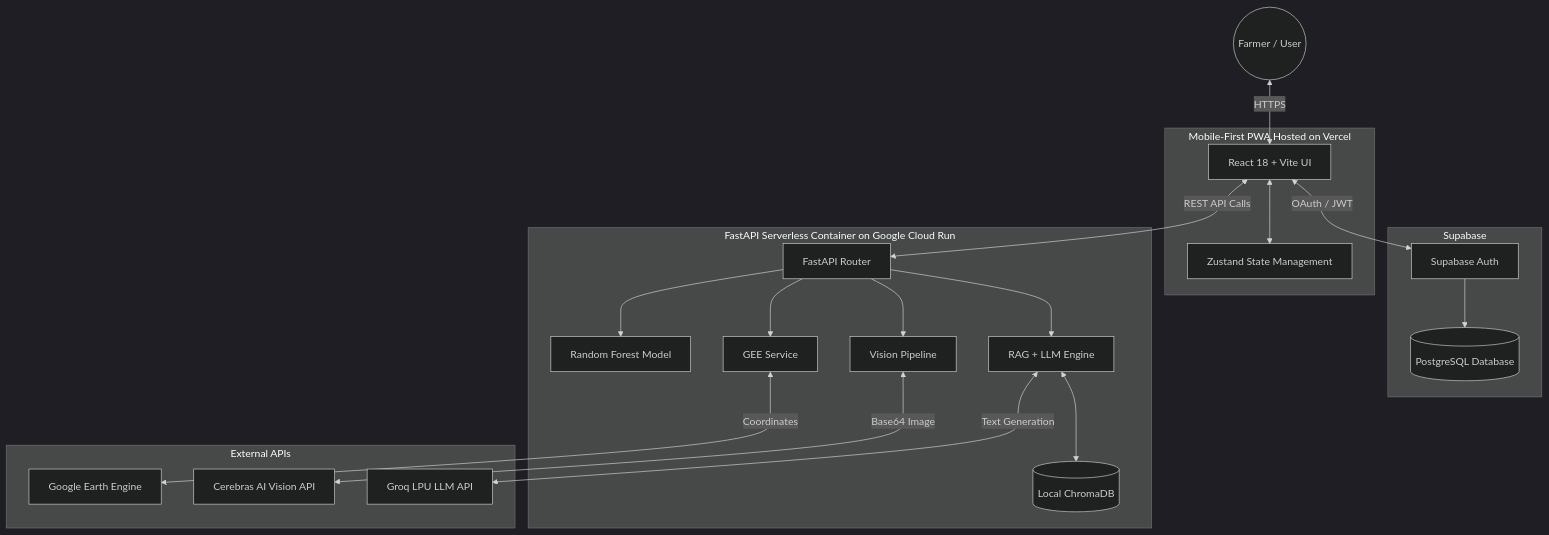
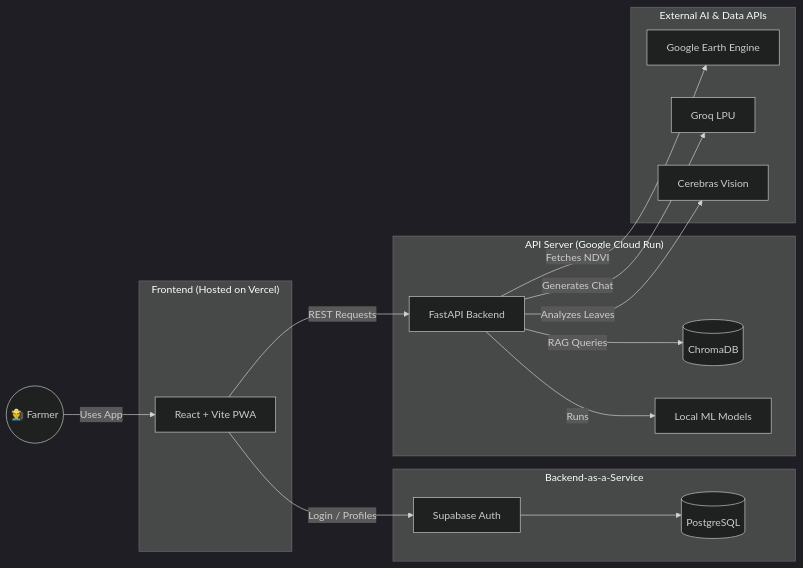
One commit to kollisaisiddu21-dev/AgriSage changed the diagram in README.md. Above: the diagram before and after it, drawn with Mermaid (dark theme).

Commit message:
Simplify architecture diagram for readability

````diff
--- a/README.md
+++ b/README.md
@@ -32,53 +32,43 @@
 ```mermaid
-graph TD
-    %% Users
-    User((Farmer / User))
-    
-    %% Frontend
-    subgraph Frontend [Mobile-First PWA Hosted on Vercel]
-        React[React 18 + Vite UI]
-        State[Zustand State Management]
-        React <--> State
-    end
-    
-    %% Authentication & Database
-    subgraph Backend_BaaS [Supabase]
-        Auth[Supabase Auth]
-        DB[(PostgreSQL Database)]
+graph LR
+    %% Core Interaction
+    User((👨‍🌾 Farmer)) -- "Uses App" --> Frontend
+
+    %% Frontend Block
+    subgraph "Frontend (Hosted on Vercel)"
+        Frontend[React + Vite PWA]
     end
 
-    %% API Backend
-    subgraph Backend_API [FastAPI Serverless Container on Google Cloud Run]
-        API_Router[FastAPI Router]
-        Crop_ML[Random Forest Model]
-        Disease_Vision[Vision Pipeline]
-        Earth_Engine[GEE Service]
-        Chat_RAG[RAG + LLM Engine]
-        VectorDB[(Local ChromaDB)]
+    %% Database Block
+    subgraph "Backend-as-a-Service"
+        Auth[Supabase Auth]
+        DB[(PostgreSQL)]
     end
 
-    %% External Services
-    subgraph External_Services [External APIs]
+    %% API Block
+    subgraph "API Server (Google Cloud Run)"
+        API[FastAPI Backend]
+        Models[Local ML Models]
+        VectorDB[(ChromaDB)]
+    end
+
+    %% Third-Party Services
+    subgraph "External AI & Data APIs"
+        Cerebras[Cerebras Vision]
+        Groq[Groq LPU]
         GEE[Google Earth Engine]
-        Cerebras[Cerebras AI Vision API]
-        Groq[Groq LPU LLM API]
     end
 
     %% Connections
-    User <-->|HTTPS| React
-    React <-->|OAuth / JWT| Auth
-    React <-->|REST API Calls| API_Router
-    
+    Frontend -- "Login / Profiles" --> Auth
     Auth --> DB
     
-    API_Router --> Crop_ML
-    API_Router --> Disease_Vision
-    API_Router --> Earth_Engine
-    API_Router --> Chat_RAG
+    Frontend -- "REST Requests" --> API
     
-    Chat_RAG <--> VectorDB
+    API -- "Runs" --> Models
+    API -- "RAG Queries" --> VectorDB
     
-    Disease_Vision <-->|Base64 Image| Cerebras
-    Earth_Engine <-->|Coordinates| GEE
-    Chat_RAG <-->|Text Generation| Groq
+    API -- "Analyzes Leaves" --> Cerebras
+    API -- "Generates Chat" --> Groq
+    API -- "Fetches NDVI" --> GEE
 ```
````
